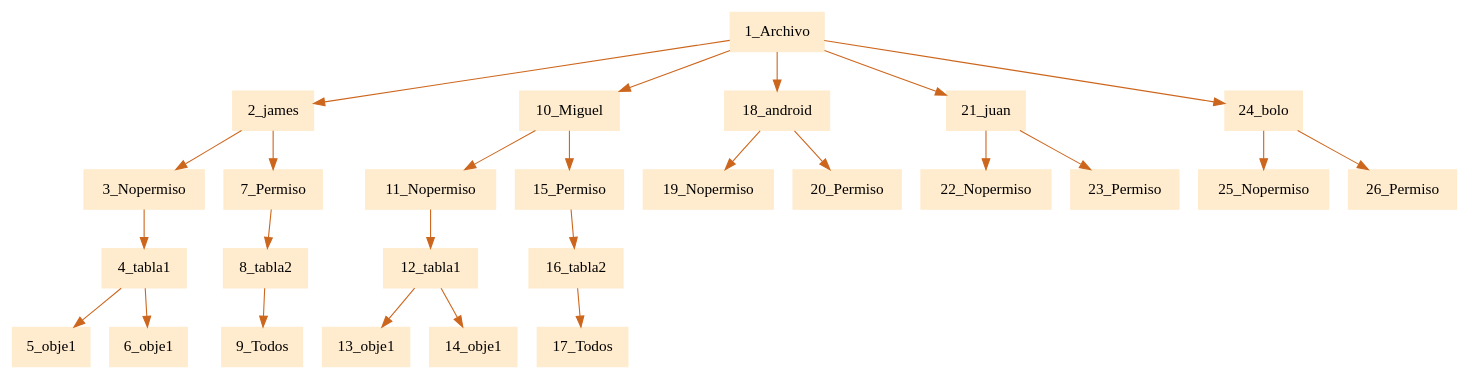
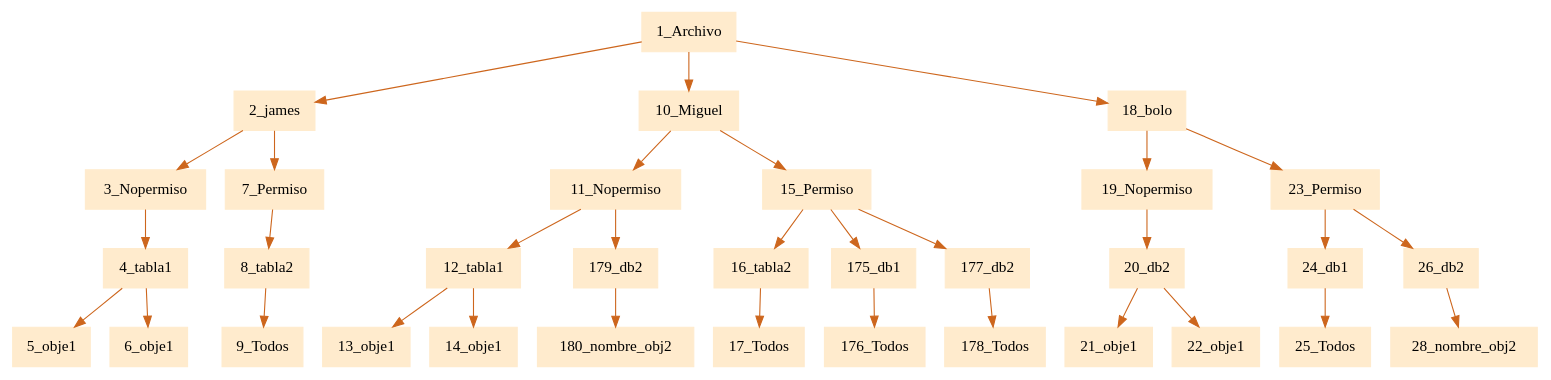
The diagram in pr1Compilarodores2/usu.dot (JamesMelgar/compi2javaccpr1), drawn with Graphviz before and after one commit. The commit also changed 16 other files, not shown here.

```diff
--- a/pr1Compilarodores2/usu.dot
+++ b/pr1Compilarodores2/usu.dot
@@ -1,5 +1,5 @@
 digraph G {node[shape=box, style=filled, color=blanchedalmond]; edge[color=chocolate3];rankdir=UD 
 
-"1_Archivo"->"2_james""2_james"->"3_Nopermiso""3_Nopermiso"->"4_tabla1""4_tabla1"->"5_obje1""4_tabla1"->"6_obje1""2_james"->"7_Permiso""7_Permiso"->"8_tabla2""8_tabla2"->"9_Todos""1_Archivo"->"10_Miguel""10_Miguel"->"11_Nopermiso""11_Nopermiso"->"12_tabla1""12_tabla1"->"13_obje1""12_tabla1"->"14_obje1""10_Miguel"->"15_Permiso""15_Permiso"->"16_tabla2""16_tabla2"->"17_Todos""1_Archivo"->"18_android""18_android"->"19_Nopermiso""18_android"->"20_Permiso""1_Archivo"->"21_juan""21_juan"->"22_Nopermiso""21_juan"->"23_Permiso""1_Archivo"->"24_bolo""24_bolo"->"25_Nopermiso""24_bolo"->"26_Permiso"
+"1_Archivo"->"2_james""2_james"->"3_Nopermiso""3_Nopermiso"->"4_tabla1""4_tabla1"->"5_obje1""4_tabla1"->"6_obje1""2_james"->"7_Permiso""7_Permiso"->"8_tabla2""8_tabla2"->"9_Todos""1_Archivo"->"10_Miguel""10_Miguel"->"11_Nopermiso""11_Nopermiso"->"12_tabla1""12_tabla1"->"13_obje1""12_tabla1"->"14_obje1""11_Nopermiso"->"179_db2""179_db2"->"180_nombre_obj2""10_Miguel"->"15_Permiso""15_Permiso"->"16_tabla2""16_tabla2"->"17_Todos""15_Permiso"->"175_db1""175_db1"->"176_Todos""15_Permiso"->"177_db2""177_db2"->"178_Todos""1_Archivo"->"18_bolo""18_bolo"->"19_Nopermiso""19_Nopermiso"->"20_db2""20_db2"->"21_obje1""20_db2"->"22_obje1""18_bolo"->"23_Permiso""23_Permiso"->"24_db1""24_db1"->"25_Todos""23_Permiso"->"26_db2""26_db2"->"28_nombre_obj2"
 
 }
```
